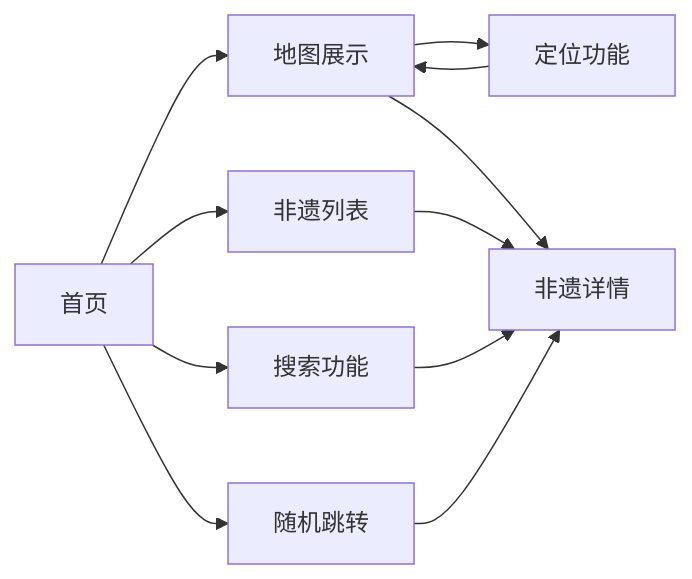
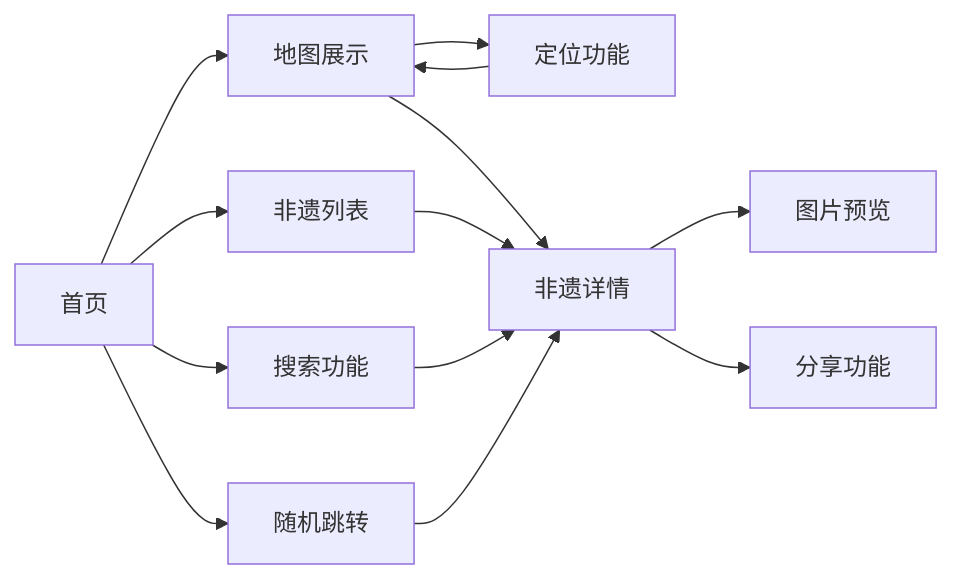
The second of 2 diagrams in README.md (HandyWote/ChaoYiXingHuo), drawn with Mermaid before and after one commit. The commit also changed other lines of this file, not shown here.

````diff
--- a/README.md
+++ b/README.md
@@ -38,10 +44,12 @@
 ```mermaid
 graph LR
     A[首页] --> B[地图展示]
     A --> C[非遗列表]
     A --> D[搜索功能]
     A --> E[随机跳转]
     B --> F[定位功能]
     B & C & D & E --> G[非遗详情]
+    G --> H[图片预览]
+    G --> I[分享功能]
     F --> B
 ```
````
